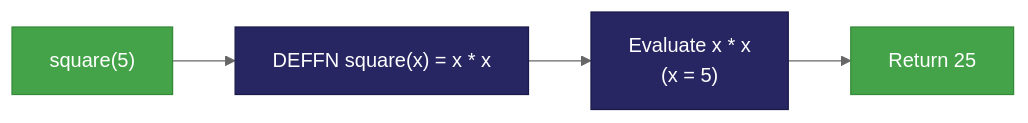
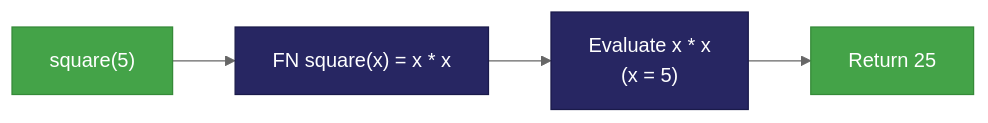
Before and after one commit to wildbitscomputing/superbasic: the second of 5 diagrams in sphinx-docs/guide/structured_programming.md, drawn with Mermaid (neutral theme). The commit also changed other lines of this file and 2 other files, not shown here.

````diff
--- a/sphinx-docs/guide/structured_programming.md
+++ b/sphinx-docs/guide/structured_programming.md
@@ -142,9 +143,9 @@
 ```{mermaid}
 flowchart LR
     classDef primary fill:#272662,color:#fff,stroke:#1a1a4a
     classDef accent fill:#44A348,color:#fff,stroke:#358a38
 
-    CALL["square(5)"]:::accent --> DEF["DEFFN square(x) = x * x"]:::primary
+    CALL["square(5)"]:::accent --> DEF["FN square(x) = x * x"]:::primary
     DEF --> EVAL["Evaluate x * x<br/>(x = 5)"]:::primary
     EVAL --> RET["Return 25"]:::accent
 ```
````
